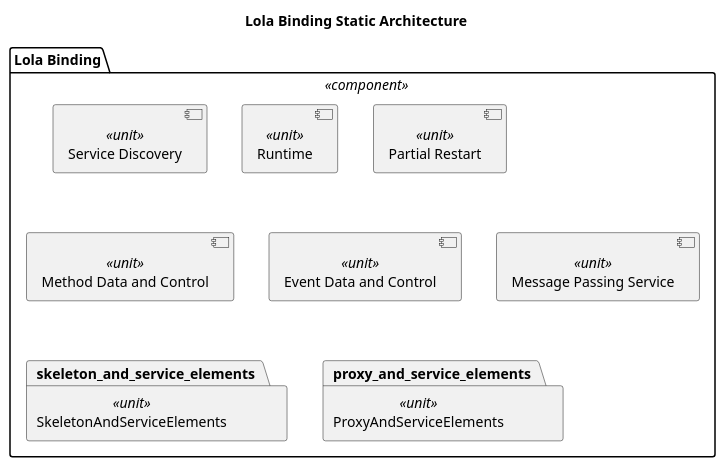
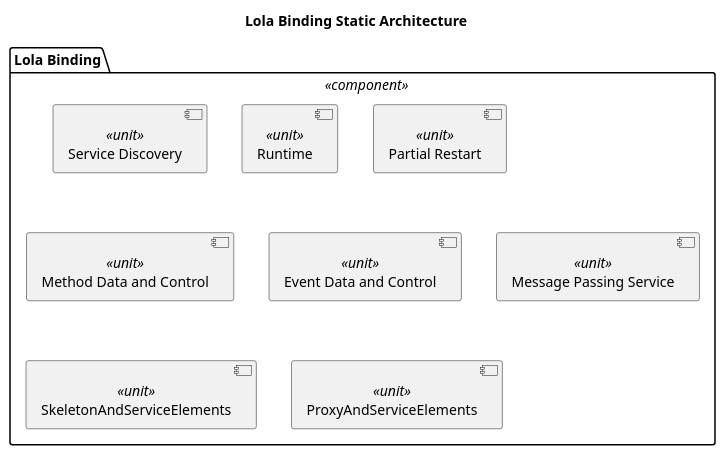
One commit to eclipse-score/communication changed the diagram in score/mw/com/dependability/architectural_design/static_design/lola_binding.puml. Above: the diagram before and after it, drawn with PlantUML. The commit also changed 3 other files, not shown here.

First line of the commit message:
safety_sentinel: Use component instead of package keyword

```diff
--- a/score/mw/com/dependability/architectural_design/static_design/lola_binding.puml
+++ b/score/mw/com/dependability/architectural_design/static_design/lola_binding.puml
@@ -13,17 +13,17 @@
 @startuml safety_sentinel_lola_binding_design
 title "Lola Binding Static Architecture"
 
 package "Lola Binding" as lola_binding <<component>> {
   component "Service Discovery" as service_discovery <<unit>> 
   component "Runtime" as runtime <<unit>> 
   component "Partial Restart" as partial_restart <<unit>>
   component "Method Data and Control" as method_data_control <<unit>> 
   component "Event Data and Control" as event_data_control <<unit>> 
   component "Message Passing Service" as message_passing_service <<unit>> 
 
-  package "SkeletonAndServiceElements" as skeleton_and_service_elements <<unit>> 
+  component "SkeletonAndServiceElements" as skeleton_and_service_elements <<unit>> 
   
-  package "ProxyAndServiceElements" as proxy_and_service_elements <<unit>> 
+  component "ProxyAndServiceElements" as proxy_and_service_elements <<unit>> 
 }
 
 @enduml
```
